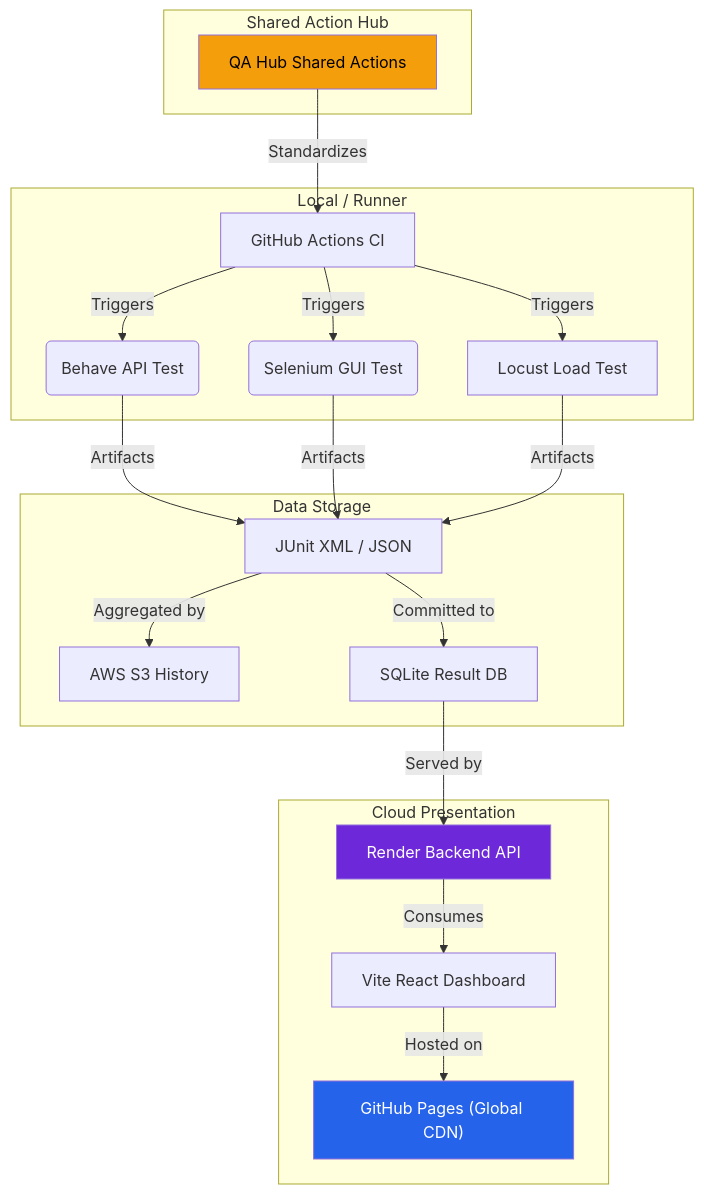
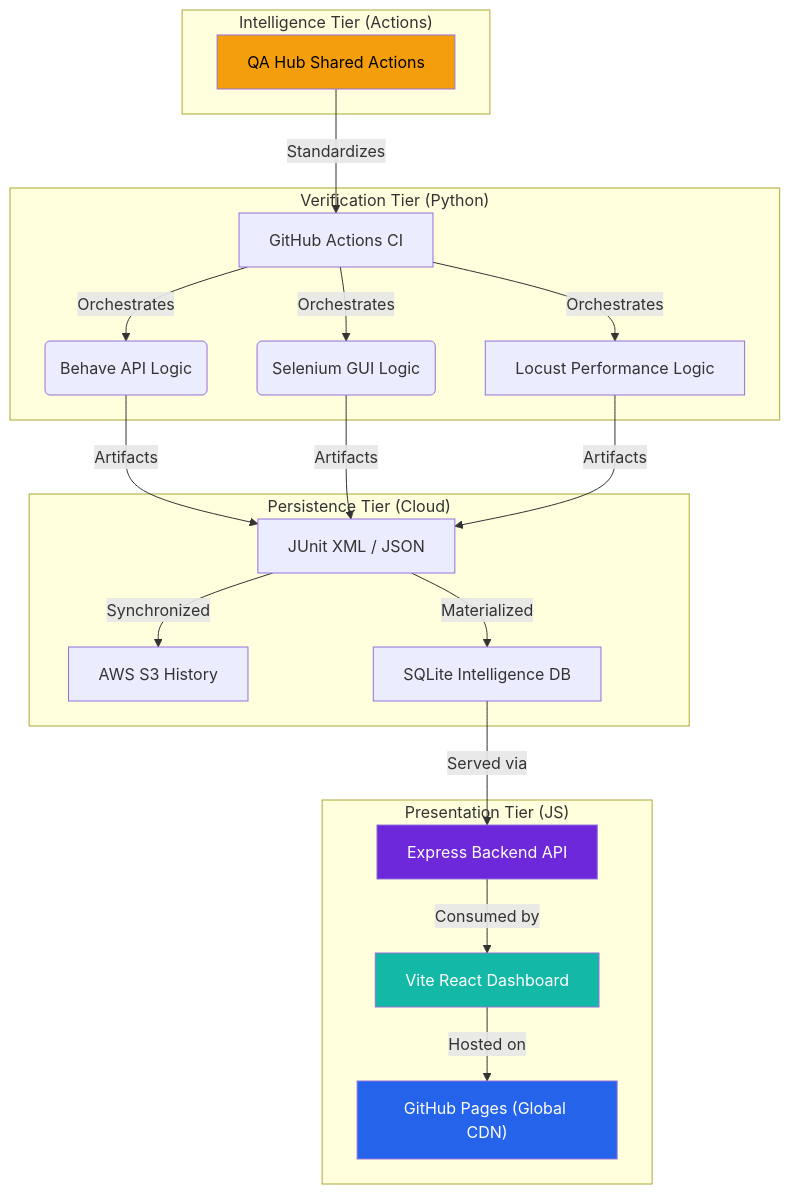
The diagram in README.md (carlos-camara/dashboard), drawn with Mermaid before and after one commit. The commit also changed other lines of this file and 9 other files, not shown here.

````diff
--- a/README.md
+++ b/README.md
@@ -114,28 +115,29 @@
 ```mermaid
 graph TD
-    subgraph "Local / Runner"
-        A["GitHub Actions CI"] -->|Triggers| B("Behave API Test")
-        A -->|Triggers| C("Selenium GUI Test")
-        A -->|Triggers| L["Locust Load Test"]
+    subgraph "Verification Tier (Python)"
+        A["GitHub Actions CI"] -->|Orchestrates| B("Behave API Logic")
+        A -->|Orchestrates| C("Selenium GUI Logic")
+        A -->|Orchestrates| L["Locust Performance Logic"]
     end
 
-    subgraph "Shared Action Hub"
+    subgraph "Intelligence Tier (Actions)"
         D["QA Hub Shared Actions"] -->|Standardizes| A
     end
 
-    subgraph "Data Storage"
+    subgraph "Persistence Tier (Cloud)"
         B & C & L -->|Artifacts| E["JUnit XML / JSON"]
-        E -->|Aggregated by| S3["AWS S3 History"]
-        E -->|Committed to| DB["SQLite Result DB"]
+        E -->|Synchronized| S3["AWS S3 History"]
+        E -->|Materialized| DB["SQLite Intelligence DB"]
     end
 
-    subgraph "Cloud Presentation"
-        DB -->|Served by| G["Render Backend API"]
-        G -->|Consumes| H["Vite React Dashboard"]
+    subgraph "Presentation Tier (JS)"
+        DB -->|Served via| G["Express Backend API"]
+        G -->|Consumed by| H["Vite React Dashboard"]
         H -->|Hosted on| P["GitHub Pages (Global CDN)"]
     end
     
     style G fill:#6d28d9,color:#fff
     style P fill:#2563eb,color:#fff
     style D fill:#f59e0b,color:#000
+    style H fill:#14b8a6,color:#fff
 ```
````
